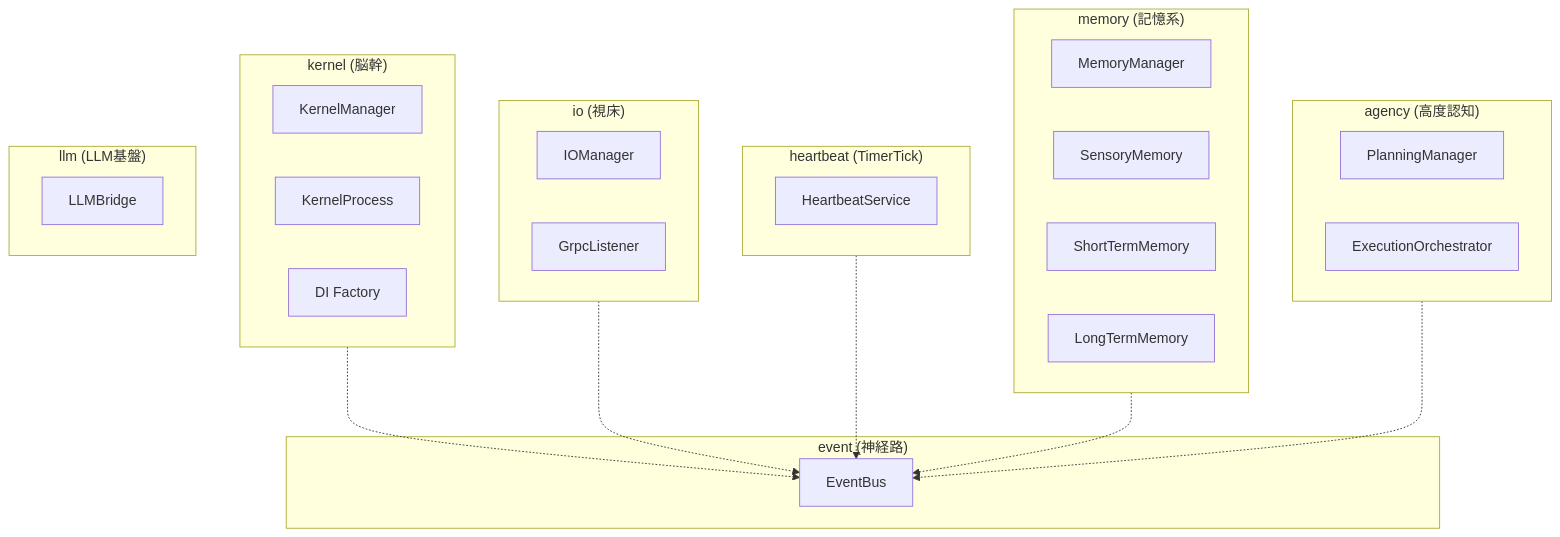
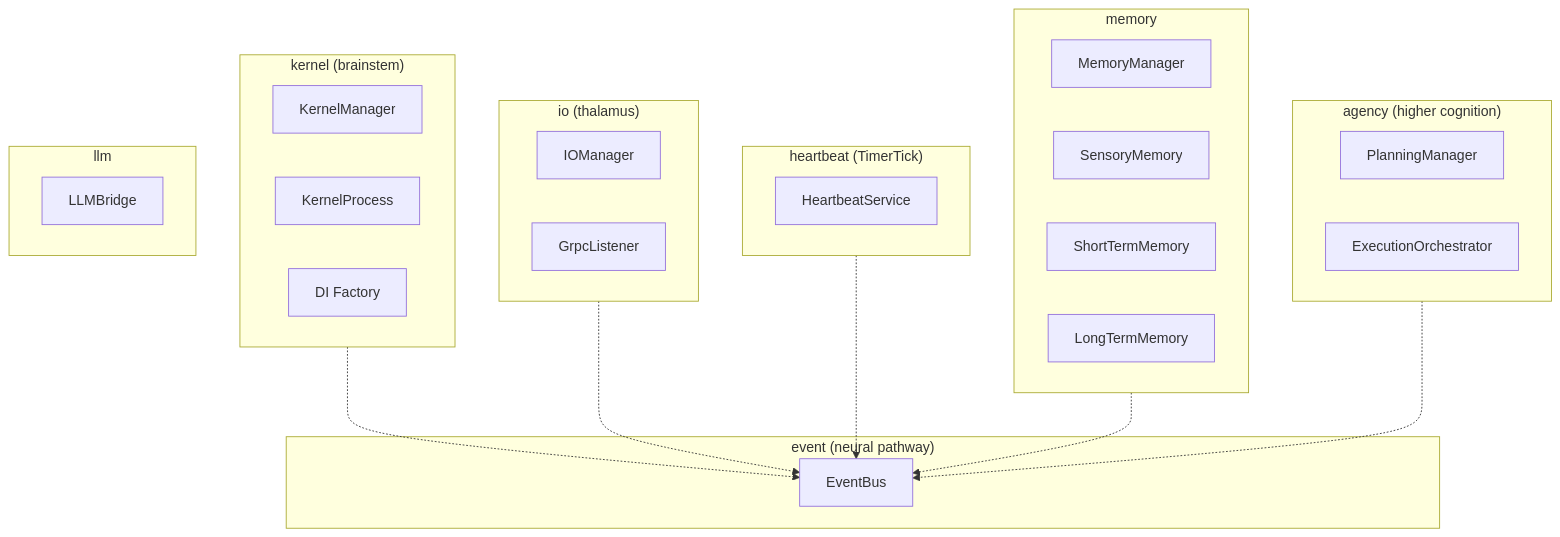
The first of 2 diagrams in .agents/skills/iris-visualize/SKILL.md (ibukani/iris-mind), drawn with Mermaid before and after one commit. The commit also changed other lines of this file and 38 other files, not shown here.

````diff
--- a/.agents/skills/iris-visualize/SKILL.md
+++ b/.agents/skills/iris-visualize/SKILL.md
@@ -54,38 +63,38 @@
 ```mermaid
 flowchart TB
-    subgraph KernelLayer["kernel (脳幹)"]
+    subgraph KernelLayer["kernel (brainstem)"]
         manager["KernelManager"]
         process["KernelProcess"]
         factory["DI Factory"]
     end
-    subgraph IoLayer["io (視床)"]
+    subgraph IoLayer["io (thalamus)"]
         io_mgr["IOManager"]
         grpc["GrpcListener"]
     end
-    subgraph EventLayer["event (神経路)"]
+    subgraph EventLayer["event (neural pathway)"]
         bus["EventBus"]
     end
     subgraph HeartbeatLayer["heartbeat (TimerTick)"]
         hb_svc["HeartbeatService"]
     end
-    subgraph MemoryLayer["memory (記憶系)"]
+    subgraph MemoryLayer["memory"]
         mem_mgr["MemoryManager"]
         sensory["SensoryMemory"]
         stm["ShortTermMemory"]
         ltm["LongTermMemory"]
     end
-    subgraph AgencyLayer["agency (高度認知)"]
+    subgraph AgencyLayer["agency (higher cognition)"]
         planning["PlanningManager"]
         execution["ExecutionOrchestrator"]
     end
-    subgraph LlmLayer["llm (LLM基盤)"]
+    subgraph LlmLayer["llm"]
         bridge["LLMBridge"]
     end
 
-    %% 依存関係（EventBus経由の疎結合）
+    %% Dependencies through EventBus for loose coupling
     KernelLayer -.-> bus
     IoLayer -.-> bus
     HeartbeatLayer -.-> bus
     MemoryLayer -.-> bus
     AgencyLayer -.-> bus
 ```
````
